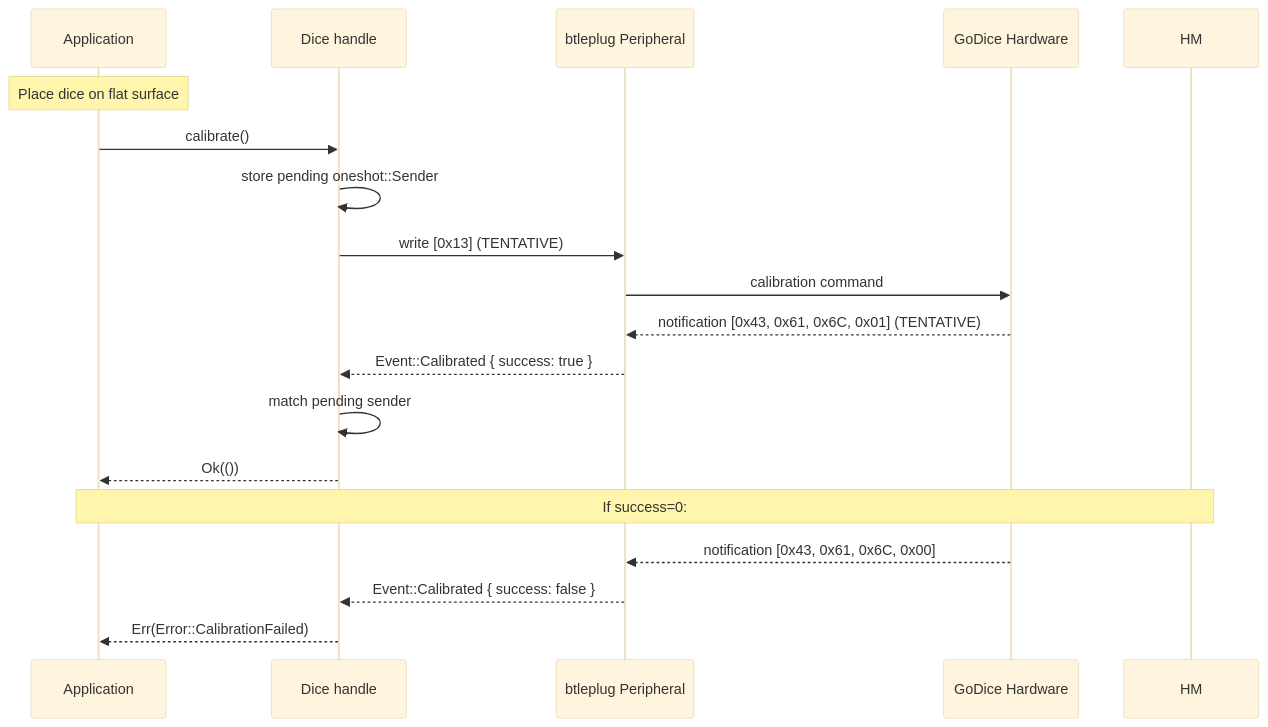
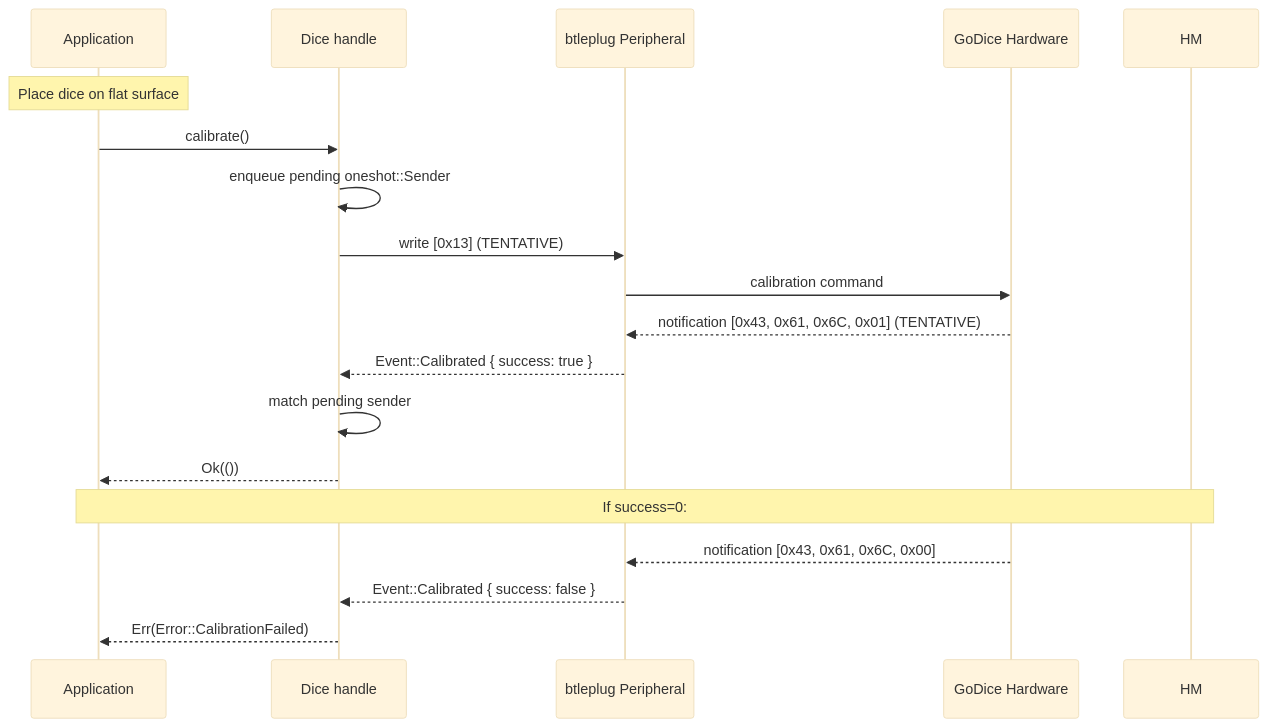
Before and after one commit to smearor/dice-rs: diagram 22 of 34 in concepts/planned/DICE_RS.md, drawn with Mermaid (base theme). The commit also changed other lines of this file, not shown here.

````diff
--- a/concepts/planned/DICE_RS.md
+++ b/concepts/planned/DICE_RS.md
@@ -2105,24 +2611,24 @@
 ```mermaid
 sequenceDiagram
     participant App as Application
     participant Dice as Dice handle
     participant BLE as btleplug Peripheral
     participant HW as GoDice Hardware
 
     Note over App: Place dice on flat surface
 
     App->>Dice: calibrate()
-    Dice->>Dice: store pending oneshot::Sender
+    Dice->>Dice: enqueue pending oneshot::Sender
     Dice->>BLE: write [0x13] (TENTATIVE)
     BLE->>HW: calibration command
 
     HW-->>BLE: notification [0x43, 0x61, 0x6C, 0x01] (TENTATIVE)
     BLE-->>Dice: Event::Calibrated { success: true }
     Dice->>Dice: match pending sender
     Dice-->>App: Ok(())
 
     Note over App,HM: If success=0:
     HW-->>BLE: notification [0x43, 0x61, 0x6C, 0x00]
     BLE-->>Dice: Event::Calibrated { success: false }
     Dice-->>App: Err(Error::CalibrationFailed)
 ```
````
